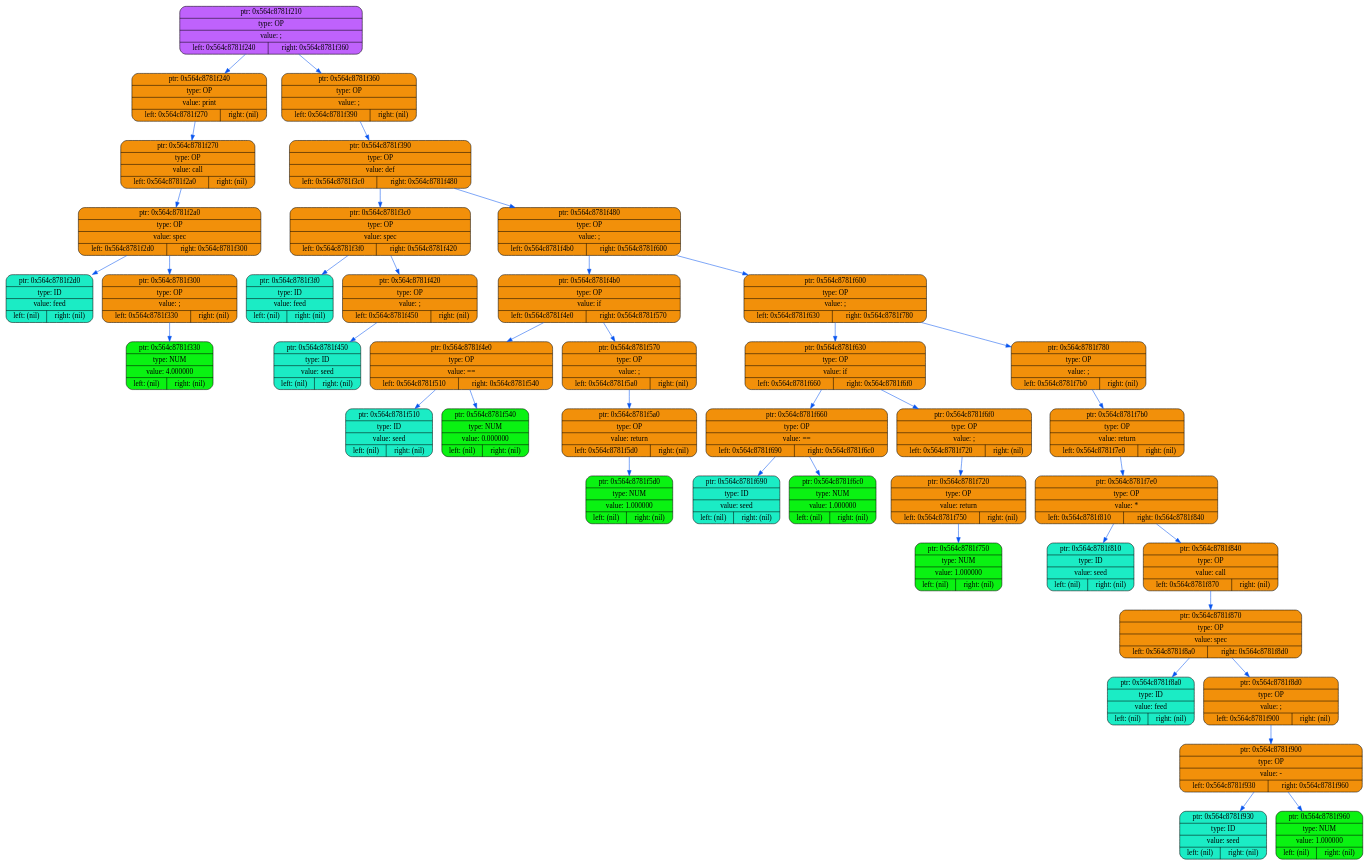
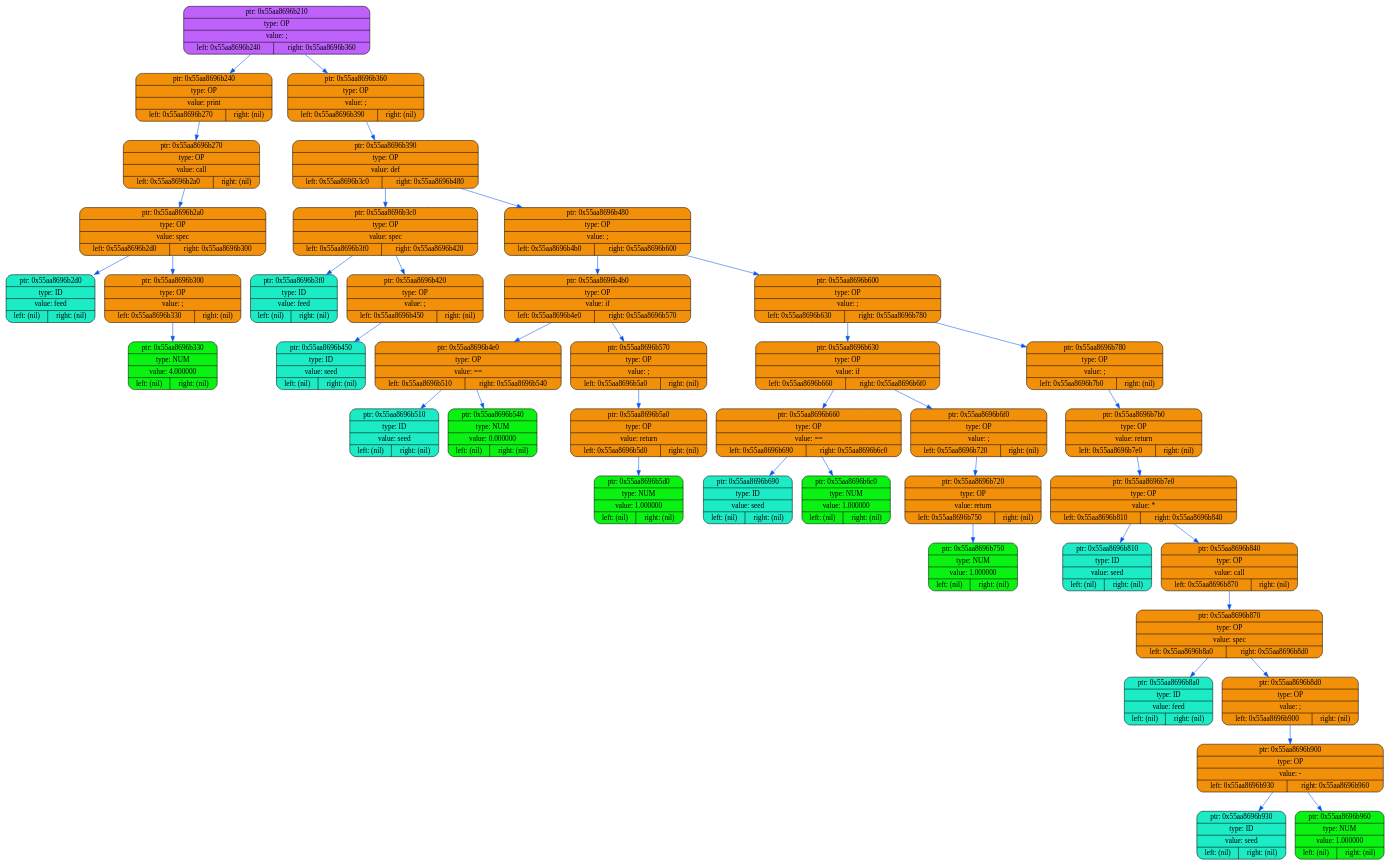
Before and after one commit to coffee8cat/Elden-language: the diagram in backend/dumpdump1.dot, drawn with Graphviz. The commit also changed 11 other files, not shown here.

```diff
--- a/backend/dumpdump1.dot
+++ b/backend/dumpdump1.dot
@@ -2,83 +2,83 @@
 {
     rankdir=TP
 
-        node0x564c8781f210[shape=record,style="rounded,filled",fillcolor="#BF62FC",label="{ ptr: 0x564c8781f210 | type: OP | value: ;| { left: 0x564c8781f240 | right: 0x564c8781f360 }}"];
-    node0x564c8781f210 -> node0x564c8781f240[color="#0855F0"]
-    node0x564c8781f240[shape=record,style="rounded,filled",fillcolor="#F2900A",label="{ ptr: 0x564c8781f240 | type: OP | value: print| { left: 0x564c8781f270 | right: (nil) }}"];
-    node0x564c8781f240 -> node0x564c8781f270[color="#0855F0"]
-    node0x564c8781f270[shape=record,style="rounded,filled",fillcolor="#F2900A",label="{ ptr: 0x564c8781f270 | type: OP | value: call| { left: 0x564c8781f2a0 | right: (nil) }}"];
-    node0x564c8781f270 -> node0x564c8781f2a0[color="#0855F0"]
-    node0x564c8781f2a0[shape=record,style="rounded,filled",fillcolor="#F2900A",label="{ ptr: 0x564c8781f2a0 | type: OP | value: spec| { left: 0x564c8781f2d0 | right: 0x564c8781f300 }}"];
-    node0x564c8781f2a0 -> node0x564c8781f2d0[color="#0855F0"]
-    node0x564c8781f2d0[shape=record,style="rounded,filled",fillcolor="#1BECC5",label="{ ptr: 0x564c8781f2d0 | type: ID | value: feed| { left: (nil) | right: (nil) }}"];
-    node0x564c8781f2a0 -> node0x564c8781f300[color="#0855F0"]
-    node0x564c8781f300[shape=record,style="rounded,filled",fillcolor="#F2900A",label="{ ptr: 0x564c8781f300 | type: OP | value: ;| { left: 0x564c8781f330 | right: (nil) }}"];
-    node0x564c8781f300 -> node0x564c8781f330[color="#0855F0"]
-    node0x564c8781f330[shape=record,style="rounded,filled",fillcolor="#0AF212",label="{ ptr: 0x564c8781f330 | type: NUM | value: 4.000000| { left: (nil) | right: (nil) }}"];
-    node0x564c8781f210 -> node0x564c8781f360[color="#0855F0"]
-    node0x564c8781f360[shape=record,style="rounded,filled",fillcolor="#F2900A",label="{ ptr: 0x564c8781f360 | type: OP | value: ;| { left: 0x564c8781f390 | right: (nil) }}"];
-    node0x564c8781f360 -> node0x564c8781f390[color="#0855F0"]
-    node0x564c8781f390[shape=record,style="rounded,filled",fillcolor="#F2900A",label="{ ptr: 0x564c8781f390 | type: OP | value: def| { left: 0x564c8781f3c0 | right: 0x564c8781f480 }}"];
-    node0x564c8781f390 -> node0x564c8781f3c0[color="#0855F0"]
-    node0x564c8781f3c0[shape=record,style="rounded,filled",fillcolor="#F2900A",label="{ ptr: 0x564c8781f3c0 | type: OP | value: spec| { left: 0x564c8781f3f0 | right: 0x564c8781f420 }}"];
-    node0x564c8781f3c0 -> node0x564c8781f3f0[color="#0855F0"]
-    node0x564c8781f3f0[shape=record,style="rounded,filled",fillcolor="#1BECC5",label="{ ptr: 0x564c8781f3f0 | type: ID | value: feed| { left: (nil) | right: (nil) }}"];
-    node0x564c8781f3c0 -> node0x564c8781f420[color="#0855F0"]
-    node0x564c8781f420[shape=record,style="rounded,filled",fillcolor="#F2900A",label="{ ptr: 0x564c8781f420 | type: OP | value: ;| { left: 0x564c8781f450 | right: (nil) }}"];
-    node0x564c8781f420 -> node0x564c8781f450[color="#0855F0"]
-    node0x564c8781f450[shape=record,style="rounded,filled",fillcolor="#1BECC5",label="{ ptr: 0x564c8781f450 | type: ID | value: seed| { left: (nil) | right: (nil) }}"];
-    node0x564c8781f390 -> node0x564c8781f480[color="#0855F0"]
-    node0x564c8781f480[shape=record,style="rounded,filled",fillcolor="#F2900A",label="{ ptr: 0x564c8781f480 | type: OP | value: ;| { left: 0x564c8781f4b0 | right: 0x564c8781f600 }}"];
-    node0x564c8781f480 -> node0x564c8781f4b0[color="#0855F0"]
-    node0x564c8781f4b0[shape=record,style="rounded,filled",fillcolor="#F2900A",label="{ ptr: 0x564c8781f4b0 | type: OP | value: if| { left: 0x564c8781f4e0 | right: 0x564c8781f570 }}"];
-    node0x564c8781f4b0 -> node0x564c8781f4e0[color="#0855F0"]
-    node0x564c8781f4e0[shape=record,style="rounded,filled",fillcolor="#F2900A",label="{ ptr: 0x564c8781f4e0 | type: OP | value: ==| { left: 0x564c8781f510 | right: 0x564c8781f540 }}"];
-    node0x564c8781f4e0 -> node0x564c8781f510[color="#0855F0"]
-    node0x564c8781f510[shape=record,style="rounded,filled",fillcolor="#1BECC5",label="{ ptr: 0x564c8781f510 | type: ID | value: seed| { left: (nil) | right: (nil) }}"];
-    node0x564c8781f4e0 -> node0x564c8781f540[color="#0855F0"]
-    node0x564c8781f540[shape=record,style="rounded,filled",fillcolor="#0AF212",label="{ ptr: 0x564c8781f540 | type: NUM | value: 0.000000| { left: (nil) | right: (nil) }}"];
-    node0x564c8781f4b0 -> node0x564c8781f570[color="#0855F0"]
-    node0x564c8781f570[shape=record,style="rounded,filled",fillcolor="#F2900A",label="{ ptr: 0x564c8781f570 | type: OP | value: ;| { left: 0x564c8781f5a0 | right: (nil) }}"];
-    node0x564c8781f570 -> node0x564c8781f5a0[color="#0855F0"]
-    node0x564c8781f5a0[shape=record,style="rounded,filled",fillcolor="#F2900A",label="{ ptr: 0x564c8781f5a0 | type: OP | value: return| { left: 0x564c8781f5d0 | right: (nil) }}"];
-    node0x564c8781f5a0 -> node0x564c8781f5d0[color="#0855F0"]
-    node0x564c8781f5d0[shape=record,style="rounded,filled",fillcolor="#0AF212",label="{ ptr: 0x564c8781f5d0 | type: NUM | value: 1.000000| { left: (nil) | right: (nil) }}"];
-    node0x564c8781f480 -> node0x564c8781f600[color="#0855F0"]
-    node0x564c8781f600[shape=record,style="rounded,filled",fillcolor="#F2900A",label="{ ptr: 0x564c8781f600 | type: OP | value: ;| { left: 0x564c8781f630 | right: 0x564c8781f780 }}"];
-    node0x564c8781f600 -> node0x564c8781f630[color="#0855F0"]
-    node0x564c8781f630[shape=record,style="rounded,filled",fillcolor="#F2900A",label="{ ptr: 0x564c8781f630 | type: OP | value: if| { left: 0x564c8781f660 | right: 0x564c8781f6f0 }}"];
-    node0x564c8781f630 -> node0x564c8781f660[color="#0855F0"]
-    node0x564c8781f660[shape=record,style="rounded,filled",fillcolor="#F2900A",label="{ ptr: 0x564c8781f660 | type: OP | value: ==| { left: 0x564c8781f690 | right: 0x564c8781f6c0 }}"];
-    node0x564c8781f660 -> node0x564c8781f690[color="#0855F0"]
-    node0x564c8781f690[shape=record,style="rounded,filled",fillcolor="#1BECC5",label="{ ptr: 0x564c8781f690 | type: ID | value: seed| { left: (nil) | right: (nil) }}"];
-    node0x564c8781f660 -> node0x564c8781f6c0[color="#0855F0"]
-    node0x564c8781f6c0[shape=record,style="rounded,filled",fillcolor="#0AF212",label="{ ptr: 0x564c8781f6c0 | type: NUM | value: 1.000000| { left: (nil) | right: (nil) }}"];
-    node0x564c8781f630 -> node0x564c8781f6f0[color="#0855F0"]
-    node0x564c8781f6f0[shape=record,style="rounded,filled",fillcolor="#F2900A",label="{ ptr: 0x564c8781f6f0 | type: OP | value: ;| { left: 0x564c8781f720 | right: (nil) }}"];
-    node0x564c8781f6f0 -> node0x564c8781f720[color="#0855F0"]
-    node0x564c8781f720[shape=record,style="rounded,filled",fillcolor="#F2900A",label="{ ptr: 0x564c8781f720 | type: OP | value: return| { left: 0x564c8781f750 | right: (nil) }}"];
-    node0x564c8781f720 -> node0x564c8781f750[color="#0855F0"]
-    node0x564c8781f750[shape=record,style="rounded,filled",fillcolor="#0AF212",label="{ ptr: 0x564c8781f750 | type: NUM | value: 1.000000| { left: (nil) | right: (nil) }}"];
-    node0x564c8781f600 -> node0x564c8781f780[color="#0855F0"]
-    node0x564c8781f780[shape=record,style="rounded,filled",fillcolor="#F2900A",label="{ ptr: 0x564c8781f780 | type: OP | value: ;| { left: 0x564c8781f7b0 | right: (nil) }}"];
-    node0x564c8781f780 -> node0x564c8781f7b0[color="#0855F0"]
-    node0x564c8781f7b0[shape=record,style="rounded,filled",fillcolor="#F2900A",label="{ ptr: 0x564c8781f7b0 | type: OP | value: return| { left: 0x564c8781f7e0 | right: (nil) }}"];
-    node0x564c8781f7b0 -> node0x564c8781f7e0[color="#0855F0"]
-    node0x564c8781f7e0[shape=record,style="rounded,filled",fillcolor="#F2900A",label="{ ptr: 0x564c8781f7e0 | type: OP | value: *| { left: 0x564c8781f810 | right: 0x564c8781f840 }}"];
-    node0x564c8781f7e0 -> node0x564c8781f810[color="#0855F0"]
-    node0x564c8781f810[shape=record,style="rounded,filled",fillcolor="#1BECC5",label="{ ptr: 0x564c8781f810 | type: ID | value: seed| { left: (nil) | right: (nil) }}"];
-    node0x564c8781f7e0 -> node0x564c8781f840[color="#0855F0"]
-    node0x564c8781f840[shape=record,style="rounded,filled",fillcolor="#F2900A",label="{ ptr: 0x564c8781f840 | type: OP | value: call| { left: 0x564c8781f870 | right: (nil) }}"];
-    node0x564c8781f840 -> node0x564c8781f870[color="#0855F0"]
-    node0x564c8781f870[shape=record,style="rounded,filled",fillcolor="#F2900A",label="{ ptr: 0x564c8781f870 | type: OP | value: spec| { left: 0x564c8781f8a0 | right: 0x564c8781f8d0 }}"];
-    node0x564c8781f870 -> node0x564c8781f8a0[color="#0855F0"]
-    node0x564c8781f8a0[shape=record,style="rounded,filled",fillcolor="#1BECC5",label="{ ptr: 0x564c8781f8a0 | type: ID | value: feed| { left: (nil) | right: (nil) }}"];
-    node0x564c8781f870 -> node0x564c8781f8d0[color="#0855F0"]
-    node0x564c8781f8d0[shape=record,style="rounded,filled",fillcolor="#F2900A",label="{ ptr: 0x564c8781f8d0 | type: OP | value: ;| { left: 0x564c8781f900 | right: (nil) }}"];
-    node0x564c8781f8d0 -> node0x564c8781f900[color="#0855F0"]
-    node0x564c8781f900[shape=record,style="rounded,filled",fillcolor="#F2900A",label="{ ptr: 0x564c8781f900 | type: OP | value: -| { left: 0x564c8781f930 | right: 0x564c8781f960 }}"];
-    node0x564c8781f900 -> node0x564c8781f930[color="#0855F0"]
-    node0x564c8781f930[shape=record,style="rounded,filled",fillcolor="#1BECC5",label="{ ptr: 0x564c8781f930 | type: ID | value: seed| { left: (nil) | right: (nil) }}"];
-    node0x564c8781f900 -> node0x564c8781f960[color="#0855F0"]
-    node0x564c8781f960[shape=record,style="rounded,filled",fillcolor="#0AF212",label="{ ptr: 0x564c8781f960 | type: NUM | value: 1.000000| { left: (nil) | right: (nil) }}"];
+        node0x55aa8696b210[shape=record,style="rounded,filled",fillcolor="#BF62FC",label="{ ptr: 0x55aa8696b210 | type: OP | value: ;| { left: 0x55aa8696b240 | right: 0x55aa8696b360 }}"];
+    node0x55aa8696b210 -> node0x55aa8696b240[color="#0855F0"]
+    node0x55aa8696b240[shape=record,style="rounded,filled",fillcolor="#F2900A",label="{ ptr: 0x55aa8696b240 | type: OP | value: print| { left: 0x55aa8696b270 | right: (nil) }}"];
+    node0x55aa8696b240 -> node0x55aa8696b270[color="#0855F0"]
+    node0x55aa8696b270[shape=record,style="rounded,filled",fillcolor="#F2900A",label="{ ptr: 0x55aa8696b270 | type: OP | value: call| { left: 0x55aa8696b2a0 | right: (nil) }}"];
+    node0x55aa8696b270 -> node0x55aa8696b2a0[color="#0855F0"]
+    node0x55aa8696b2a0[shape=record,style="rounded,filled",fillcolor="#F2900A",label="{ ptr: 0x55aa8696b2a0 | type: OP | value: spec| { left: 0x55aa8696b2d0 | right: 0x55aa8696b300 }}"];
+    node0x55aa8696b2a0 -> node0x55aa8696b2d0[color="#0855F0"]
+    node0x55aa8696b2d0[shape=record,style="rounded,filled",fillcolor="#1BECC5",label="{ ptr: 0x55aa8696b2d0 | type: ID | value: feed| { left: (nil) | right: (nil) }}"];
+    node0x55aa8696b2a0 -> node0x55aa8696b300[color="#0855F0"]
+    node0x55aa8696b300[shape=record,style="rounded,filled",fillcolor="#F2900A",label="{ ptr: 0x55aa8696b300 | type: OP | value: ;| { left: 0x55aa8696b330 | right: (nil) }}"];
+    node0x55aa8696b300 -> node0x55aa8696b330[color="#0855F0"]
+    node0x55aa8696b330[shape=record,style="rounded,filled",fillcolor="#0AF212",label="{ ptr: 0x55aa8696b330 | type: NUM | value: 4.000000| { left: (nil) | right: (nil) }}"];
+    node0x55aa8696b210 -> node0x55aa8696b360[color="#0855F0"]
+    node0x55aa8696b360[shape=record,style="rounded,filled",fillcolor="#F2900A",label="{ ptr: 0x55aa8696b360 | type: OP | value: ;| { left: 0x55aa8696b390 | right: (nil) }}"];
+    node0x55aa8696b360 -> node0x55aa8696b390[color="#0855F0"]
+    node0x55aa8696b390[shape=record,style="rounded,filled",fillcolor="#F2900A",label="{ ptr: 0x55aa8696b390 | type: OP | value: def| { left: 0x55aa8696b3c0 | right: 0x55aa8696b480 }}"];
+    node0x55aa8696b390 -> node0x55aa8696b3c0[color="#0855F0"]
+    node0x55aa8696b3c0[shape=record,style="rounded,filled",fillcolor="#F2900A",label="{ ptr: 0x55aa8696b3c0 | type: OP | value: spec| { left: 0x55aa8696b3f0 | right: 0x55aa8696b420 }}"];
+    node0x55aa8696b3c0 -> node0x55aa8696b3f0[color="#0855F0"]
+    node0x55aa8696b3f0[shape=record,style="rounded,filled",fillcolor="#1BECC5",label="{ ptr: 0x55aa8696b3f0 | type: ID | value: feed| { left: (nil) | right: (nil) }}"];
+    node0x55aa8696b3c0 -> node0x55aa8696b420[color="#0855F0"]
+    node0x55aa8696b420[shape=record,style="rounded,filled",fillcolor="#F2900A",label="{ ptr: 0x55aa8696b420 | type: OP | value: ;| { left: 0x55aa8696b450 | right: (nil) }}"];
+    node0x55aa8696b420 -> node0x55aa8696b450[color="#0855F0"]
+    node0x55aa8696b450[shape=record,style="rounded,filled",fillcolor="#1BECC5",label="{ ptr: 0x55aa8696b450 | type: ID | value: seed| { left: (nil) | right: (nil) }}"];
+    node0x55aa8696b390 -> node0x55aa8696b480[color="#0855F0"]
+    node0x55aa8696b480[shape=record,style="rounded,filled",fillcolor="#F2900A",label="{ ptr: 0x55aa8696b480 | type: OP | value: ;| { left: 0x55aa8696b4b0 | right: 0x55aa8696b600 }}"];
+    node0x55aa8696b480 -> node0x55aa8696b4b0[color="#0855F0"]
+    node0x55aa8696b4b0[shape=record,style="rounded,filled",fillcolor="#F2900A",label="{ ptr: 0x55aa8696b4b0 | type: OP | value: if| { left: 0x55aa8696b4e0 | right: 0x55aa8696b570 }}"];
+    node0x55aa8696b4b0 -> node0x55aa8696b4e0[color="#0855F0"]
+    node0x55aa8696b4e0[shape=record,style="rounded,filled",fillcolor="#F2900A",label="{ ptr: 0x55aa8696b4e0 | type: OP | value: ==| { left: 0x55aa8696b510 | right: 0x55aa8696b540 }}"];
+    node0x55aa8696b4e0 -> node0x55aa8696b510[color="#0855F0"]
+    node0x55aa8696b510[shape=record,style="rounded,filled",fillcolor="#1BECC5",label="{ ptr: 0x55aa8696b510 | type: ID | value: seed| { left: (nil) | right: (nil) }}"];
+    node0x55aa8696b4e0 -> node0x55aa8696b540[color="#0855F0"]
+    node0x55aa8696b540[shape=record,style="rounded,filled",fillcolor="#0AF212",label="{ ptr: 0x55aa8696b540 | type: NUM | value: 0.000000| { left: (nil) | right: (nil) }}"];
+    node0x55aa8696b4b0 -> node0x55aa8696b570[color="#0855F0"]
+    node0x55aa8696b570[shape=record,style="rounded,filled",fillcolor="#F2900A",label="{ ptr: 0x55aa8696b570 | type: OP | value: ;| { left: 0x55aa8696b5a0 | right: (nil) }}"];
+    node0x55aa8696b570 -> node0x55aa8696b5a0[color="#0855F0"]
+    node0x55aa8696b5a0[shape=record,style="rounded,filled",fillcolor="#F2900A",label="{ ptr: 0x55aa8696b5a0 | type: OP | value: return| { left: 0x55aa8696b5d0 | right: (nil) }}"];
+    node0x55aa8696b5a0 -> node0x55aa8696b5d0[color="#0855F0"]
+    node0x55aa8696b5d0[shape=record,style="rounded,filled",fillcolor="#0AF212",label="{ ptr: 0x55aa8696b5d0 | type: NUM | value: 1.000000| { left: (nil) | right: (nil) }}"];
+    node0x55aa8696b480 -> node0x55aa8696b600[color="#0855F0"]
+    node0x55aa8696b600[shape=record,style="rounded,filled",fillcolor="#F2900A",label="{ ptr: 0x55aa8696b600 | type: OP | value: ;| { left: 0x55aa8696b630 | right: 0x55aa8696b780 }}"];
+    node0x55aa8696b600 -> node0x55aa8696b630[color="#0855F0"]
+    node0x55aa8696b630[shape=record,style="rounded,filled",fillcolor="#F2900A",label="{ ptr: 0x55aa8696b630 | type: OP | value: if| { left: 0x55aa8696b660 | right: 0x55aa8696b6f0 }}"];
+    node0x55aa8696b630 -> node0x55aa8696b660[color="#0855F0"]
+    node0x55aa8696b660[shape=record,style="rounded,filled",fillcolor="#F2900A",label="{ ptr: 0x55aa8696b660 | type: OP | value: ==| { left: 0x55aa8696b690 | right: 0x55aa8696b6c0 }}"];
+    node0x55aa8696b660 -> node0x55aa8696b690[color="#0855F0"]
+    node0x55aa8696b690[shape=record,style="rounded,filled",fillcolor="#1BECC5",label="{ ptr: 0x55aa8696b690 | type: ID | value: seed| { left: (nil) | right: (nil) }}"];
+    node0x55aa8696b660 -> node0x55aa8696b6c0[color="#0855F0"]
+    node0x55aa8696b6c0[shape=record,style="rounded,filled",fillcolor="#0AF212",label="{ ptr: 0x55aa8696b6c0 | type: NUM | value: 1.000000| { left: (nil) | right: (nil) }}"];
+    node0x55aa8696b630 -> node0x55aa8696b6f0[color="#0855F0"]
+    node0x55aa8696b6f0[shape=record,style="rounded,filled",fillcolor="#F2900A",label="{ ptr: 0x55aa8696b6f0 | type: OP | value: ;| { left: 0x55aa8696b720 | right: (nil) }}"];
+    node0x55aa8696b6f0 -> node0x55aa8696b720[color="#0855F0"]
+    node0x55aa8696b720[shape=record,style="rounded,filled",fillcolor="#F2900A",label="{ ptr: 0x55aa8696b720 | type: OP | value: return| { left: 0x55aa8696b750 | right: (nil) }}"];
+    node0x55aa8696b720 -> node0x55aa8696b750[color="#0855F0"]
+    node0x55aa8696b750[shape=record,style="rounded,filled",fillcolor="#0AF212",label="{ ptr: 0x55aa8696b750 | type: NUM | value: 1.000000| { left: (nil) | right: (nil) }}"];
+    node0x55aa8696b600 -> node0x55aa8696b780[color="#0855F0"]
+    node0x55aa8696b780[shape=record,style="rounded,filled",fillcolor="#F2900A",label="{ ptr: 0x55aa8696b780 | type: OP | value: ;| { left: 0x55aa8696b7b0 | right: (nil) }}"];
+    node0x55aa8696b780 -> node0x55aa8696b7b0[color="#0855F0"]
+    node0x55aa8696b7b0[shape=record,style="rounded,filled",fillcolor="#F2900A",label="{ ptr: 0x55aa8696b7b0 | type: OP | value: return| { left: 0x55aa8696b7e0 | right: (nil) }}"];
+    node0x55aa8696b7b0 -> node0x55aa8696b7e0[color="#0855F0"]
+    node0x55aa8696b7e0[shape=record,style="rounded,filled",fillcolor="#F2900A",label="{ ptr: 0x55aa8696b7e0 | type: OP | value: *| { left: 0x55aa8696b810 | right: 0x55aa8696b840 }}"];
+    node0x55aa8696b7e0 -> node0x55aa8696b810[color="#0855F0"]
+    node0x55aa8696b810[shape=record,style="rounded,filled",fillcolor="#1BECC5",label="{ ptr: 0x55aa8696b810 | type: ID | value: seed| { left: (nil) | right: (nil) }}"];
+    node0x55aa8696b7e0 -> node0x55aa8696b840[color="#0855F0"]
+    node0x55aa8696b840[shape=record,style="rounded,filled",fillcolor="#F2900A",label="{ ptr: 0x55aa8696b840 | type: OP | value: call| { left: 0x55aa8696b870 | right: (nil) }}"];
+    node0x55aa8696b840 -> node0x55aa8696b870[color="#0855F0"]
+    node0x55aa8696b870[shape=record,style="rounded,filled",fillcolor="#F2900A",label="{ ptr: 0x55aa8696b870 | type: OP | value: spec| { left: 0x55aa8696b8a0 | right: 0x55aa8696b8d0 }}"];
+    node0x55aa8696b870 -> node0x55aa8696b8a0[color="#0855F0"]
+    node0x55aa8696b8a0[shape=record,style="rounded,filled",fillcolor="#1BECC5",label="{ ptr: 0x55aa8696b8a0 | type: ID | value: feed| { left: (nil) | right: (nil) }}"];
+    node0x55aa8696b870 -> node0x55aa8696b8d0[color="#0855F0"]
+    node0x55aa8696b8d0[shape=record,style="rounded,filled",fillcolor="#F2900A",label="{ ptr: 0x55aa8696b8d0 | type: OP | value: ;| { left: 0x55aa8696b900 | right: (nil) }}"];
+    node0x55aa8696b8d0 -> node0x55aa8696b900[color="#0855F0"]
+    node0x55aa8696b900[shape=record,style="rounded,filled",fillcolor="#F2900A",label="{ ptr: 0x55aa8696b900 | type: OP | value: -| { left: 0x55aa8696b930 | right: 0x55aa8696b960 }}"];
+    node0x55aa8696b900 -> node0x55aa8696b930[color="#0855F0"]
+    node0x55aa8696b930[shape=record,style="rounded,filled",fillcolor="#1BECC5",label="{ ptr: 0x55aa8696b930 | type: ID | value: seed| { left: (nil) | right: (nil) }}"];
+    node0x55aa8696b900 -> node0x55aa8696b960[color="#0855F0"]
+    node0x55aa8696b960[shape=record,style="rounded,filled",fillcolor="#0AF212",label="{ ptr: 0x55aa8696b960 | type: NUM | value: 1.000000| { left: (nil) | right: (nil) }}"];
 }
```
